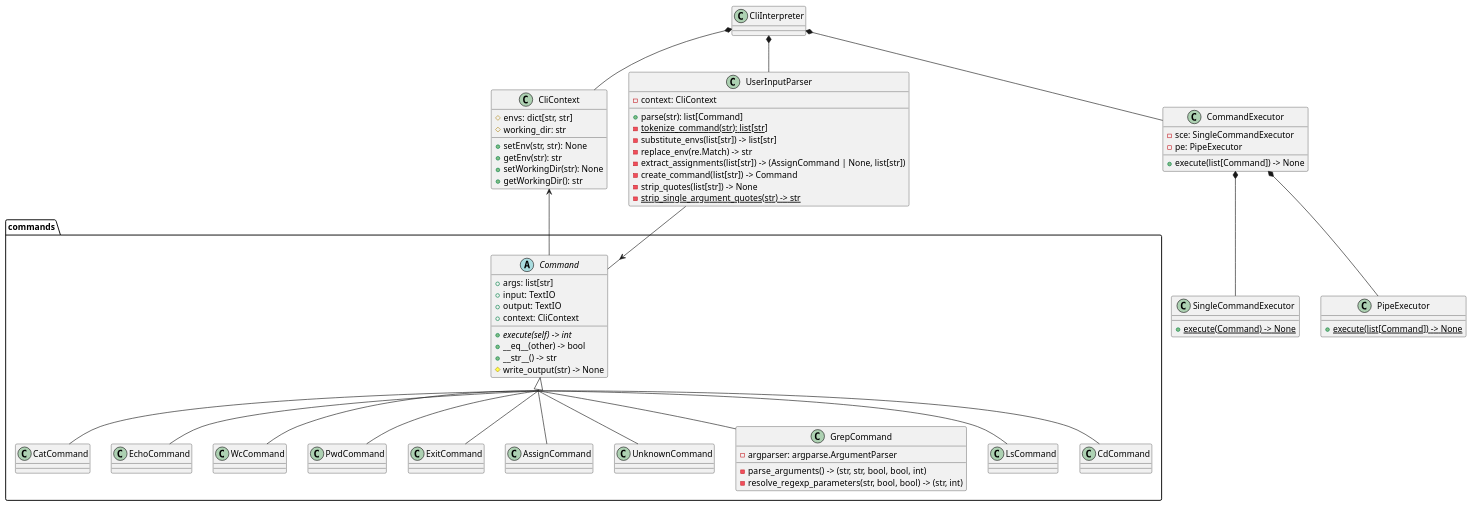
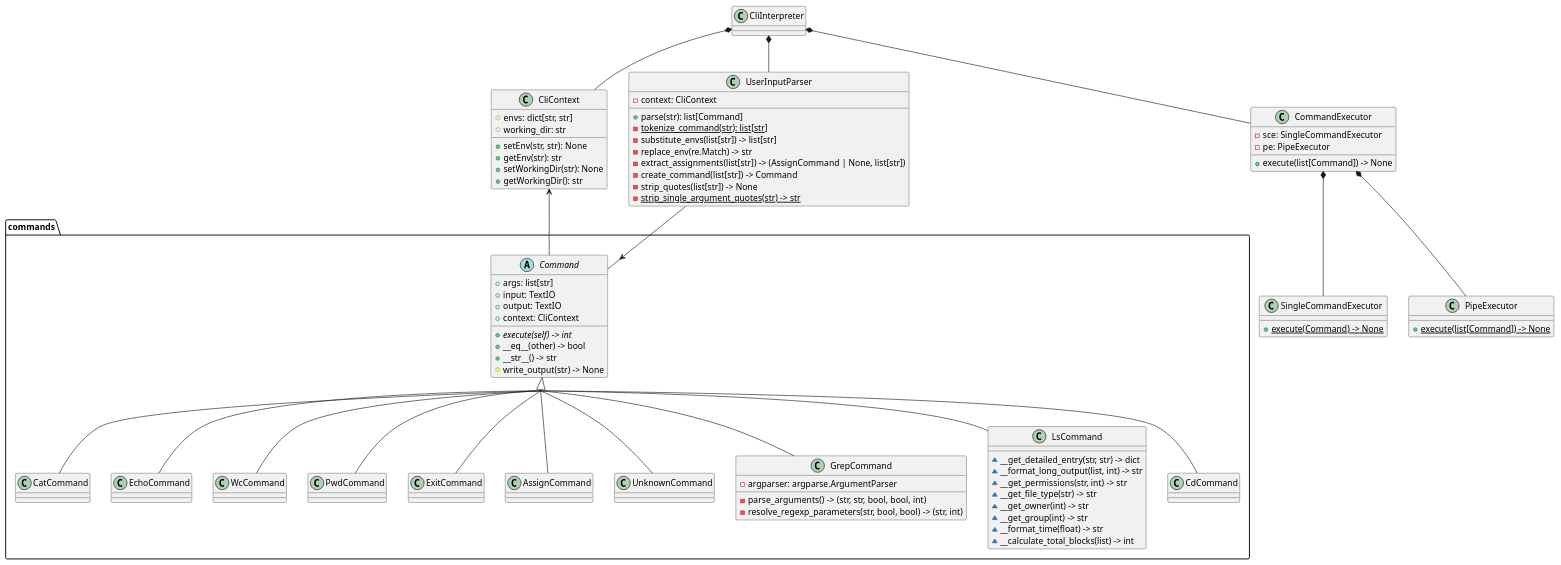
Before and after one commit to mozhayka/sd_hw1_cli: the diagram in docs/class_schema.puml, drawn with PlantUML.

Commit message:
Добавил приватные методы в диаграмму классов

```diff
--- a/docs/class_schema.puml
+++ b/docs/class_schema.puml
@@ -1,108 +1,116 @@
 @startuml
 skinparam groupInheritance 4
 
 class CliInterpreter {
 }
 
 class CliContext {
     # envs: dict[str, str]
     # working_dir: str
     + setEnv(str, str): None
     + getEnv(str): str
     + setWorkingDir(str): None
     + getWorkingDir(): str
 }
 
 class UserInputParser {
     - context: CliContext
     + parse(str): list[Command]
     - {static} tokenize_command(str): list[str]
     - substitute_envs(list[str]) -> list[str]
     - replace_env(re.Match) -> str
     - extract_assignments(list[str]) -> (AssignCommand | None, list[str])
     - create_command(list[str]) -> Command
     - strip_quotes(list[str]) -> None
     - {static} strip_single_argument_quotes(str) -> str
 }
 
 class CommandExecutor {
     - sce: SingleCommandExecutor
     - pe: PipeExecutor
     + execute(list[Command]) -> None
 }
 
 class SingleCommandExecutor {
     + {static} execute(Command) -> None
 }
 
 class PipeExecutor {
     + {static} execute(list[Command]) -> None
 }
 
 package commands {
     abstract class Command {
         + args: list[str]
         + input: TextIO
         + output: TextIO
         + context: CliContext
         + {abstract} execute(self) -> int
         + __eq__(other) -> bool
         + __str__() -> str
         # write_output(str) -> None
     }
 
     class CatCommand {
     }
 
     class EchoCommand {
     }
 
     class WcCommand {
     }
 
     class PwdCommand {
     }
 
     class ExitCommand {
     }
 
     class AssignCommand {
     }
 
     class UnknownCommand {
     }
 
     class GrepCommand {
         - argparser: argparse.ArgumentParser
         - parse_arguments() -> (str, str, bool, bool, int)
         - resolve_regexp_parameters(str, bool, bool) -> (str, int)
     }
 
     class LsCommand {
+        ~ __get_detailed_entry(str, str) -> dict
+        ~ __format_long_output(list, int) -> str
+        ~ __get_permissions(str, int) -> str
+        ~ __get_file_type(str) -> str
+        ~ __get_owner(int) -> str
+        ~ __get_group(int) -> str
+        ~ __format_time(float) -> str
+        ~ __calculate_total_blocks(list) -> int
     }
 
     class CdCommand {
     }
 }
 
 CliInterpreter *-- UserInputParser
 CliInterpreter *-- CommandExecutor
 CliInterpreter *-- CliContext
 
 UserInputParser --> Command
 CommandExecutor *-- SingleCommandExecutor
 CommandExecutor *-- PipeExecutor
 
 Command <|-- CatCommand
 Command <|-- EchoCommand
 Command <|-- WcCommand
 Command <|-- PwdCommand
 Command <|-- ExitCommand
 Command <|-- AssignCommand
 CliContext <-- Command
 Command <|-- UnknownCommand
 Command <|-- GrepCommand
 Command <|-- LsCommand
 Command <|-- CdCommand
 
 @enduml
```
